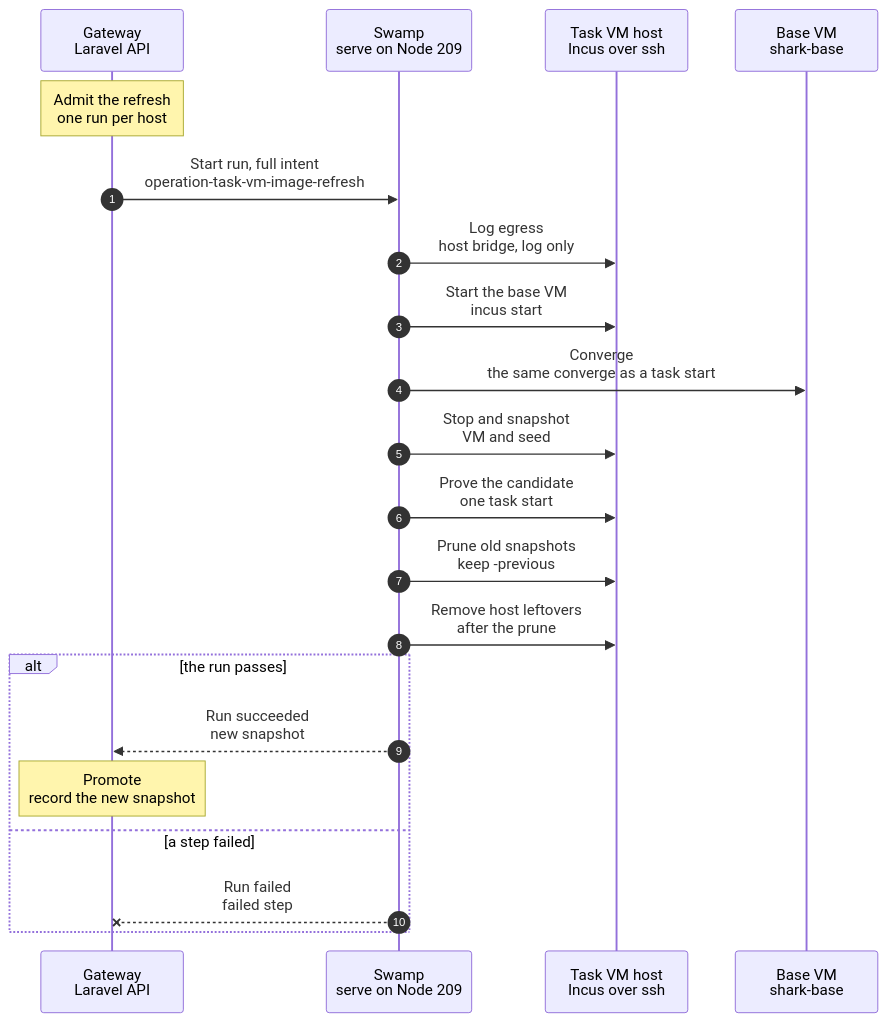
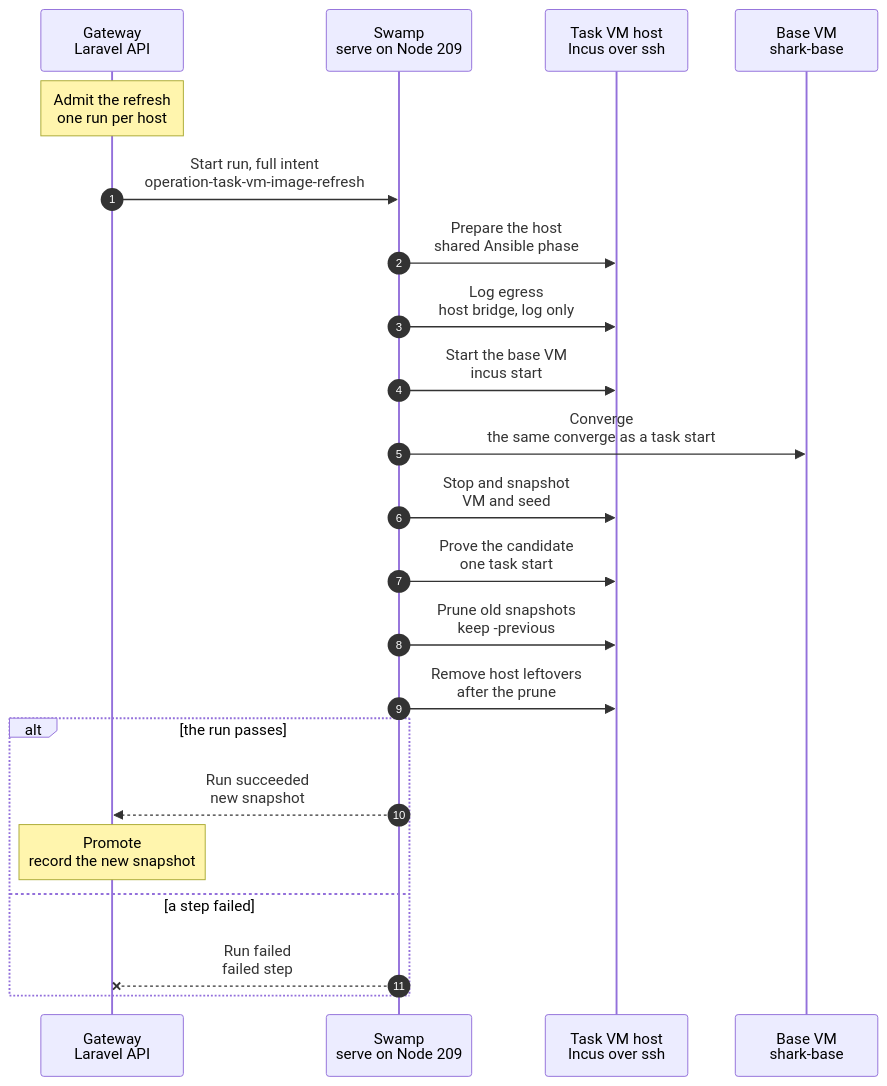
One commit to hardimpactdev/orbit changed the diagram in docs/cli/task/vm-image-refresh.mmd. Above: the diagram before and after it, drawn with Mermaid. The commit also changed 33 other files, not shown here.

First line of the commit message:
Prepare task VM hosts through shared Ansible with loop-backed ZFS (#3243)

```diff
--- a/docs/cli/task/vm-image-refresh.mmd
+++ b/docs/cli/task/vm-image-refresh.mmd
@@ -1,72 +1,78 @@
 sequenceDiagram
   %% Target design (agreed with Nick, 2026-11-07): each task VM host keeps one stopped base VM, `shark-base`, that never gets an identity. Its ZFS snapshot is the base a task start copies; there is no Incus image and no publish. In every Gateway release, and daily, the base VM converges and a new snapshot becomes the base, so a task start's converge stays near a no-op.
   %% status: draft
   %% command: none · in every Gateway release, and daily
   %% kind: task_vm.image_refresh
   autonumber
   %% lane GW icon=gateway pill=intent tone=blue
   %% lane SW icon=workflow pill=executes tone=green
   %% lane H icon=server pill=target tone=amber
   %% lane VM icon=server pill=base VM tone=purple
   participant GW as Gateway<br/>Laravel API
   participant SW as Swamp<br/>serve on Node 209
   participant H as Task VM host<br/>Incus over ssh
   participant VM as Base VM<br/>shark-base
   Note over GW: Admit the refresh<br/>one run per host
   %%> Started by:
   %%> - every Gateway release, from its step "Admit VM refreshes", as soon as Swamp has loaded the new commit and while the release goes on to switch: `task-vms:refresh-images --commit <sha>` runs from the new release, so the intent holds the new commit's recipe, pins and checkout, and the run uses the new commit's workflows and playbooks; a code-only release refreshes too
   %%> - the daily schedule at 03:20, and an operator
   %%> - a release asks a host again, up to 6 rounds 5 s apart, when Swamp could not take the run yet because it had just reloaded
   %%> Result:
   %%> - the candidate proof may take the shared CI reserve (slot 1), then any free task slot; task work cannot starve it, and a busy proof may still refuse it until the next trigger
   %%> - a CI-only host permits its own refresh proof, pinned to that host; Sabre refresh proves on Sabre and never spills onto another host
   %%> - one run per host, all hosts in parallel; the run never holds the release, and a host that refuses is skipped until the next trigger
   %%> - a host with a refresh open keeps it, and the newest commit waits behind it: one pending commit per host, the newest wins, and the run that ends admits it
   GW->>SW: Start run, full intent<br/>operation-task-vm-image-refresh
+  SW->>H: Prepare the host<br/>shared Ansible phase
+  %%> What it does:
+  %%> - validates existing pool, project and bridge before changes; preserves unrelated host resources
+  %%> - creates a missing native dataset pool, or an Incus-managed loop-backed ZFS pool with the configured size
+  %%> - caps ARC at 2 GiB only when the actual pool source is a regular file; native-ZFS hosts keep their setting
+  %%> - converges the isolated NAT bridge, ACL, project, profile, stock Ubuntu image and forwarding rule; an unchanged rerun changes nothing
   SW->>H: Log egress<br/>host bridge, log only
   %%> What it does:
   %%> - sets up the egress log of the host bridge (Ansible part `egress-log`): an nftables rule logs each new outside connection of a task VM, rsyslog writes it to its own file, and dnsmasq logs the DNS queries; nothing is blocked
   %%> - the first run sets `raw.dnsmasq`, which runs the whole setup of the bridge again and restarts its dnsmasq: running VMs lose DNS for about a second, so it should run when no provision is running; Incus then runs that dnsmasq without its AppArmor profile, as the user `incus`
   %%> - it runs before the base is touched; only a safety check fails the run (rules that do not load, a bridge with IPv6, an ACL without its drop rule) and starts no rollback; other checks warn
   SW->>H: Start the base VM<br/>incus start
   %%> What it does:
   %%> - before starting, converges the base VM's `raw.qemu.conf`: `[boot-opts]` with `menu = "on"` and `splash-time = "0"` skips OVMF's 3 s menu wait; every snapshot and task copy inherit it
   %%> - starts the stopped base VM; about 10 s to its guest agent; its containers start with it
-  %%> - a host without a base VM gets it here, once: `incus init` from the stock Ubuntu VM image that `task-vms:prepare-host` copied, an empty seed volume, and a first boot that makes the `orbit` account with the key of the Swamp control Node and installs the SSH server; the converge builds everything else
+  %%> - a host without a base VM gets it here, once: `incus init` from the stock Ubuntu VM image that host preparation copied, an empty seed volume, and a first boot that makes the `orbit` account with the key of the Swamp control Node and installs the SSH server; the converge builds everything else
   %%> - the task VM project keeps `restricted.snapshots=allow`: the base is a snapshot, and only a host API client can take one
   %%> - `task-vms:refresh-image <host> --from-stock` withdraws the recorded base at admission, so no task start copies it, and the run first deletes the base VM and its seed with their snapshots and builds the base from stock; after a failure the next refresh builds it as on a new host
   SW->>VM: Converge<br/>the same converge as a task start
   %%> What it does:
   %%> - each part runs only when its digest changed: the outer VM, the warm checkout at the release commit, each container
   %%> - the refresh owns the containers' `base` snapshots and retakes them when the fleet changed; the nested Gateway's services restart only when `apps/gateway` changed, and its agent delivery manifest is placed only when the pinned agent build changed
   %%> - a base VM without a nested fleet builds it here, once, in the fleet phase: three system containers from stock Ubuntu on the nested network, the nested Gateway prepared by one local `gateway-bootstrap` run, its own Node, `gateway` and `websocket` converges, app-dev and app-prod added through its own Orbit, the checkout as their disk device, a Doctor wait, then the operator join
   %%> - the build runs only when the fleet is not complete: a container is missing, or the operator stamp that the join writes last is not recorded; it removes that stamp and any container first and builds whole. A complete fleet skips it and restarts no container
   %%> - no other wait for the nested Gateway and no identity wipe: the base VM never gets an identity, and readiness belongs to a task start
   %%> - the boot phase bakes the Orbit root CA and the firewall into the base, and the `orbit-identity` unit that mounts a copy's identity share and applies it before sshd, WireGuard and the agent; a base VM has no share, so the unit skips
   %%> - the boot phase also matches the uplink by type and name (`00-orbit-task-vm.network`), never by the base VM's MAC, so every copy gets an address; it waits online for IPv4 only, masks the apt and motd timers, and starts Docker at boot, as its package does
   SW->>H: Stop and snapshot<br/>VM and seed
   %%> What it does:
   %%> - stops the base VM and snapshots it and its seed volume under the run's name; ZFS snapshots, about 1 s
   SW->>H: Prove the candidate<br/>one task start
   %%> What it does:
   %%> - steps 2 to 4 of a task start from the new snapshot in a free slot, then its release
   SW->>H: Prune old snapshots<br/>keep -previous
   %%> What it does:
   %%> - keeps the new snapshot and the one before it; removes older ones of the VM and the seed
   SW->>H: Remove host leftovers<br/>after the prune
   %%> What it does:
   %%> - in the task VM project: every image but the stock source image, the volumes of retired image seeds (`orbit-topology-seed-*`) and the slot-pool baseline (`orbit-baseline-*`)
   %%> - the retired projects the Gateway names (`orbit-baselines`, `orbit-measure-nr`), with what they hold, and the old images of `orbit-proto`
   %%> - only where the project keeps its own images and volumes; a project that cannot be emptied is reported after the others had their turn
   %%> - a failure here fails no refresh: the next refresh removes what is left, and the Operation's result says `host_clean: failed`
   alt the run passes
     SW-->>GW: Run succeeded<br/>new snapshot
     Note over GW: Promote<br/>record the new snapshot
     %%> Result:
     %%> - task starts copy the new snapshot; the one before it is `-previous`
     %%> - target: about 25 s for a no-op refresh before the proof (boot 10 s, converge 8 s, stop 5 s, snapshot 1 s); the first refresh of a new host builds the whole base, so it takes much longer: about 30 min of it is the fleet build
   else a step failed
     SW--xGW: Run failed<br/>failed step
     %%> On failure:
     %%> - the base VM is stopped and rolled back to the recorded snapshot, and a new snapshot is removed; task starts keep the recorded one
   end
```
